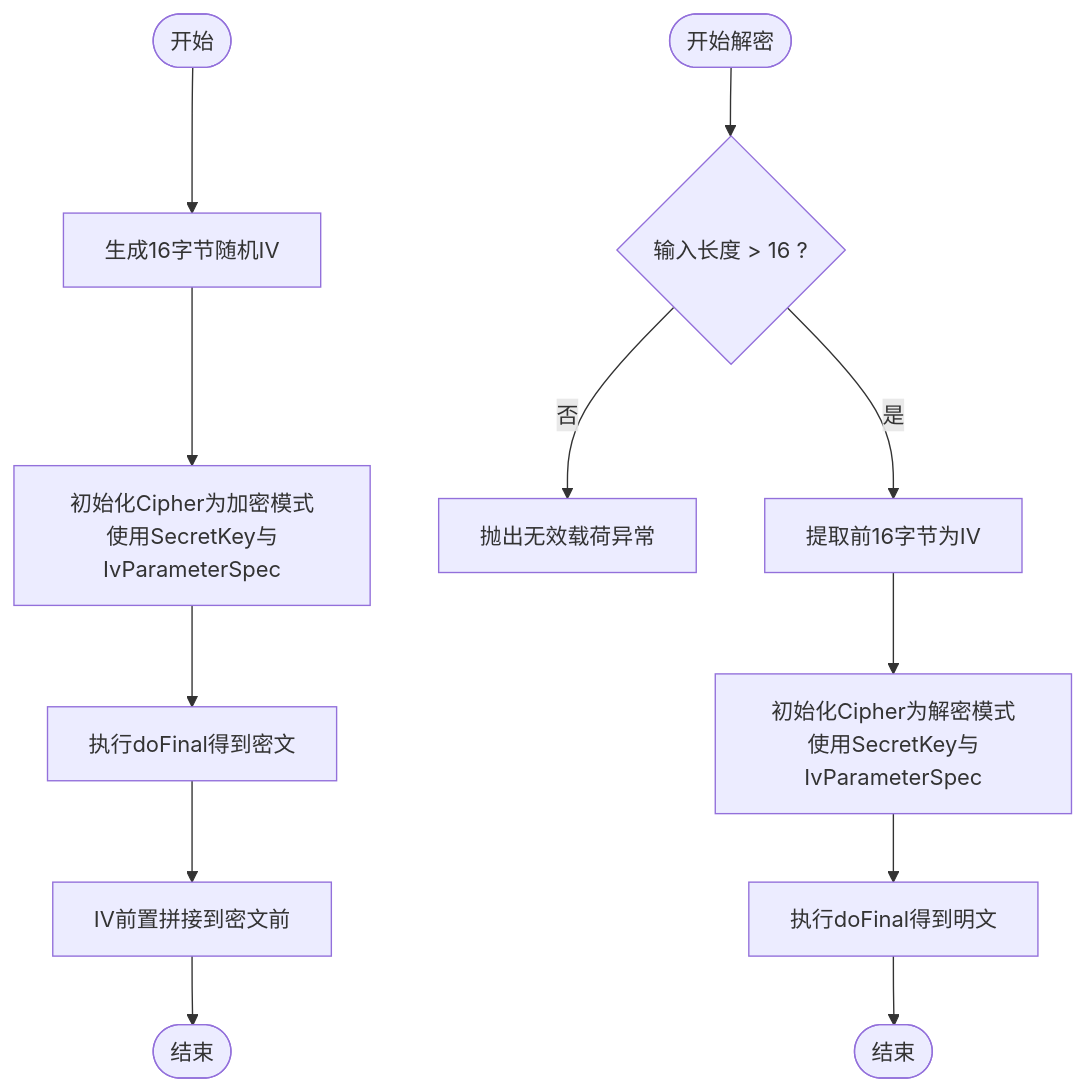
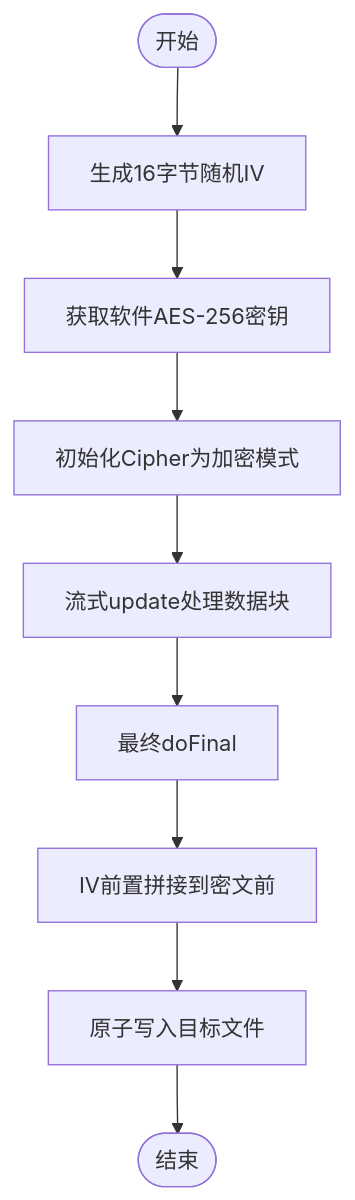
The third of 5 diagrams in .qoder/repowiki/zh/content/核心功能模块/加密存储系统/AES-CBC加密引擎.md (wanhongbo/ai-photo-vault), drawn with Mermaid before and after one commit. The commit also changed other lines of this file and 22 other files, not shown here.

````diff
--- a/.qoder/repowiki/zh/content/核心功能模块/加密存储系统/AES-CBC加密引擎.md
+++ b/.qoder/repowiki/zh/content/核心功能模块/加密存储系统/AES-CBC加密引擎.md
@@ -149,14 +150,11 @@
 ```mermaid
 flowchart TD
 Start(["开始"]) --> GenIV["生成16字节随机IV"]
-GenIV --> InitEnc["初始化Cipher为加密模式<br/>使用SecretKey与IvParameterSpec"]
-InitEnc --> DoFinalE["执行doFinal得到密文"]
+GenIV --> GetKey["获取软件AES-256密钥"]
+GetKey --> InitEnc["初始化Cipher为加密模式"]
+InitEnc --> StreamUpdate["流式update处理数据块"]
+StreamUpdate --> DoFinalE["最终doFinal"]
 DoFinalE --> Concat["IV前置拼接到密文前"]
-Concat --> End(["结束"])
-DecryptStart(["开始解密"]) --> CheckLen{"输入长度 > 16 ?"}
-CheckLen --> |否| ThrowErr["抛出无效载荷异常"]
-CheckLen --> |是| SplitIV["提取前16字节为IV"]
-SplitIV --> InitDec["初始化Cipher为解密模式<br/>使用SecretKey与IvParameterSpec"]
-InitDec --> DoFinalD["执行doFinal得到明文"]
-DoFinalD --> DecEnd(["结束"])
+Concat --> AtomicWrite["原子写入目标文件"]
+AtomicWrite --> End(["结束"])
 ```
````
